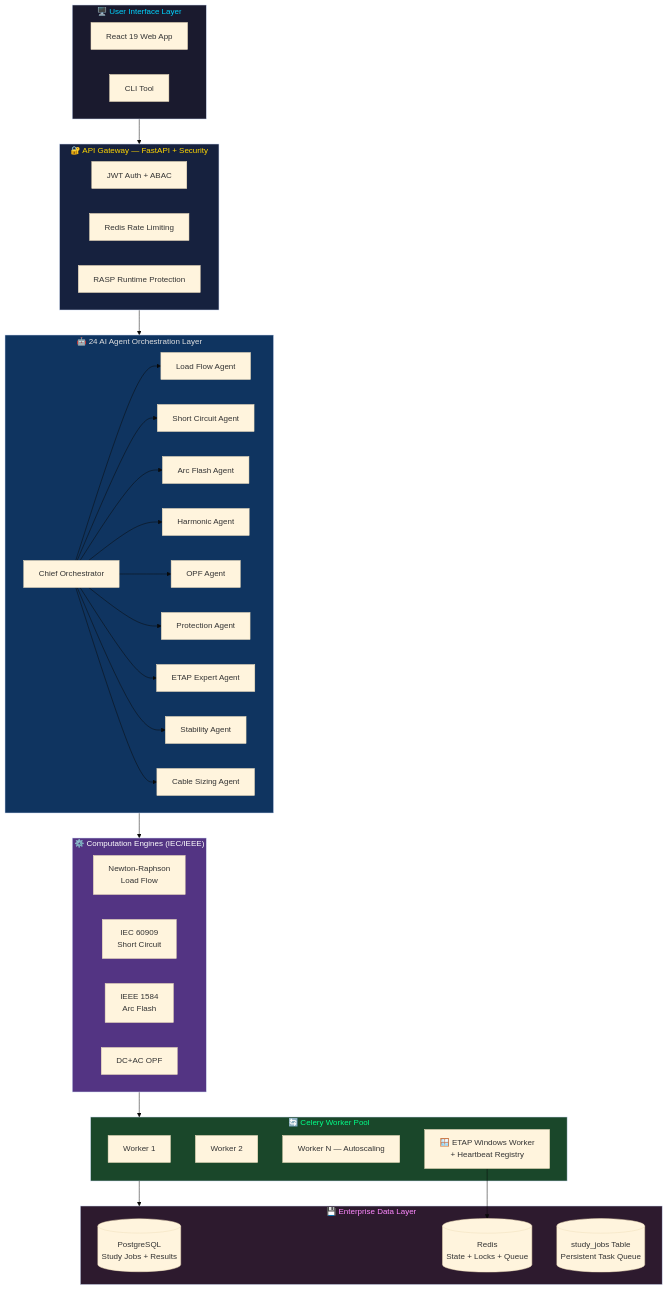
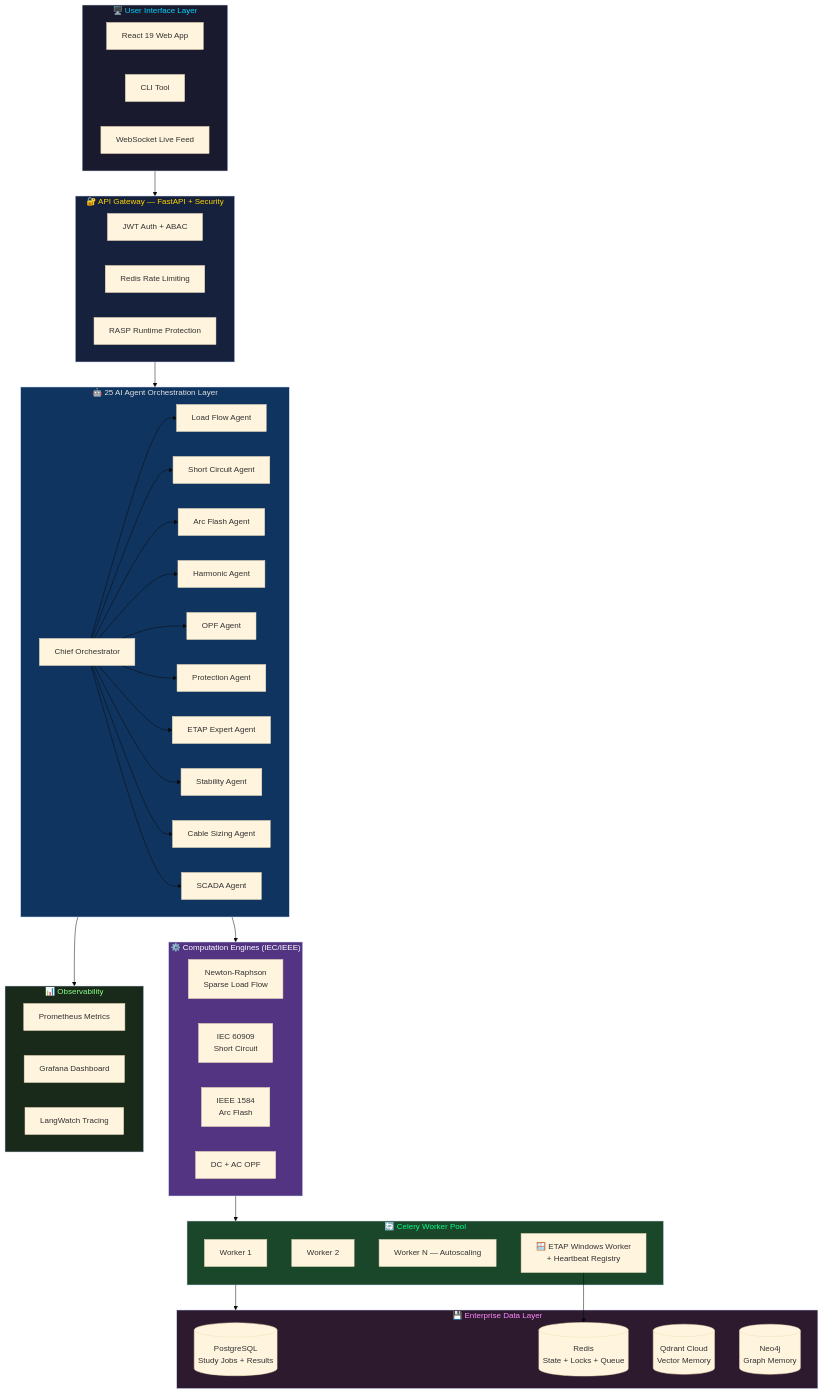
Before and after one commit to ahmdelbaz28-ux/ETAP-AI-WORK-: the first of 3 diagrams in README.md, drawn with Mermaid (base theme). The commit also changed other lines of this file and 2 other files, not shown here.

````diff
--- a/README.md
+++ b/README.md
@@ -169,61 +133,72 @@
 ```mermaid
 graph TB
     subgraph UI["🖥️ User Interface Layer"]
         WEB[React 19 Web App]
         CLI[CLI Tool]
+        WS[WebSocket Live Feed]
     end
 
     subgraph GATEWAY["🔐 API Gateway — FastAPI + Security"]
         AUTH[JWT Auth + ABAC]
         RATE[Redis Rate Limiting]
         RASP[RASP Runtime Protection]
     end
 
-    subgraph AGENTS["🤖 24 AI Agent Orchestration Layer"]
+    subgraph AGENTS["🤖 25 AI Agent Orchestration Layer"]
         ORCH[Chief Orchestrator]
         LF[Load Flow Agent]
         SC[Short Circuit Agent]
         ARC[Arc Flash Agent]
         HARM[Harmonic Agent]
         OPF[OPF Agent]
         PROT[Protection Agent]
         ETAP_A[ETAP Expert Agent]
         STAB[Stability Agent]
         CABLE[Cable Sizing Agent]
+        SCADA_A[SCADA Agent]
     end
 
     subgraph ENGINES["⚙️ Computation Engines (IEC/IEEE)"]
-        LF_ENG[Newton-Raphson\nLoad Flow]
+        LF_ENG[Newton-Raphson\nSparse Load Flow]
         SC_ENG[IEC 60909\nShort Circuit]
         AF_ENG[IEEE 1584\nArc Flash]
-        OPF_ENG[DC+AC OPF]
+        OPF_ENG[DC + AC OPF]
     end
 
     subgraph WORKERS["🔄 Celery Worker Pool"]
         CW1[Worker 1]
         CW2[Worker 2]
         CWN[Worker N — Autoscaling]
         WIN[🪟 ETAP Windows Worker\n+ Heartbeat Registry]
     end
 
     subgraph DATA["💾 Enterprise Data Layer"]
         PG[(PostgreSQL\nStudy Jobs + Results)]
         REDIS[(Redis\nState + Locks + Queue)]
-        JOB[(study_jobs Table\nPersistent Task Queue)]
+        QDRANT[(Qdrant Cloud\nVector Memory)]
+        NEO4J[(Neo4j\nGraph Memory)]
+    end
+
+    subgraph OBS["📊 Observability"]
+        PROM[Prometheus Metrics]
+        GRAF[Grafana Dashboard]
+        LANG[LangWatch Tracing]
     end
 
     UI --> GATEWAY
     GATEWAY --> AGENTS
-    ORCH --> LF & SC & ARC & HARM & OPF & PROT & ETAP_A & STAB & CABLE
+    ORCH --> LF & SC & ARC & HARM & OPF & PROT & ETAP_A & STAB & CABLE & SCADA_A
     AGENTS --> ENGINES
     ENGINES --> WORKERS
     WORKERS --> DATA
     WIN --> REDIS
+    AGENTS --> OBS
 
     style UI fill:#1a1a2e,color:#00d4ff
     style GATEWAY fill:#16213e,color:#ffd700
     style AGENTS fill:#0f3460,color:#e0e0e0
     style ENGINES fill:#533483,color:#ffffff
     style WORKERS fill:#1a472a,color:#00ff88
     style DATA fill:#2d1a2e,color:#ff88ff
+    style OBS fill:#1a2a1a,color:#88ff88
 ```
````
